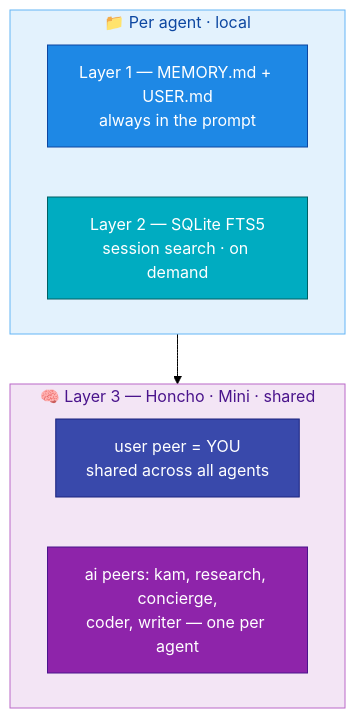
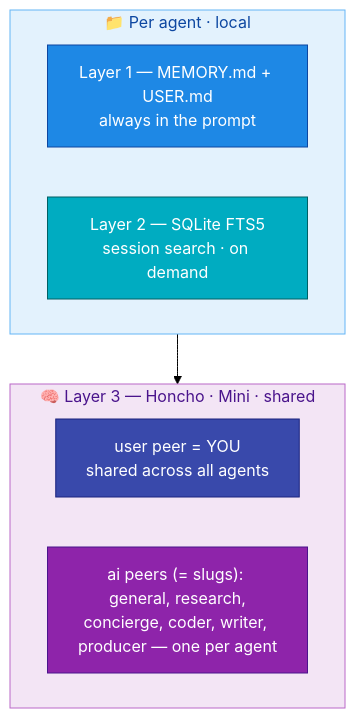
The first of 2 diagrams in docs/07-memory.md (mpolatcan/hermes-setup), drawn with Mermaid (forest theme) before and after one commit. The commit also changed other lines of this file and 14 other files, not shown here.

First line of the commit message:
Rewrite plan: native single-Mini architecture + Turkish studio crew

````diff
--- a/docs/07-memory.md
+++ b/docs/07-memory.md
@@ -7,18 +7,18 @@
 ```mermaid
 flowchart TB
     subgraph per["📁 Per agent · local"]
         L1["Layer 1 — MEMORY.md + USER.md<br/>always in the prompt"]:::l1
         L2["Layer 2 — SQLite FTS5<br/>session search · on demand"]:::l2
     end
     subgraph hon["🧠 Layer 3 — Honcho · Mini · shared"]
         user["user peer = YOU<br/>shared across all agents"]:::user
-        peers["ai peers: kam, research, concierge,<br/>coder, writer — one per agent"]:::infra
+        peers["ai peers (= slugs): general, research,<br/>concierge, coder, writer, producer — one per agent"]:::infra
     end
     per --> hon
     classDef l1 fill:#1E88E5,stroke:#0D47A1,color:#fff
     classDef l2 fill:#00ACC1,stroke:#006064,color:#fff
     classDef user fill:#3949AB,stroke:#1A237E,color:#fff
     classDef infra fill:#8E24AA,stroke:#4A148C,color:#fff
     style per fill:#E3F2FD,stroke:#64B5F6,color:#0D47A1
     style hon fill:#F3E5F5,stroke:#BA68C8,color:#4A148C
 ```
````
